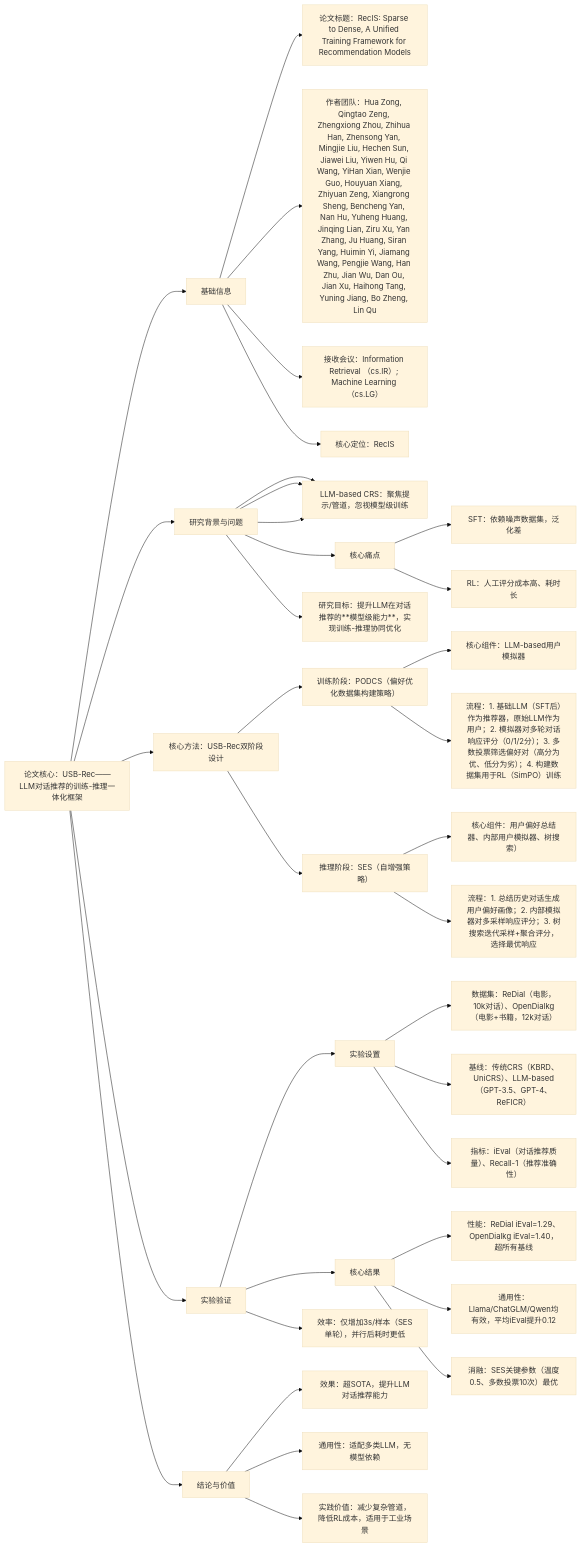
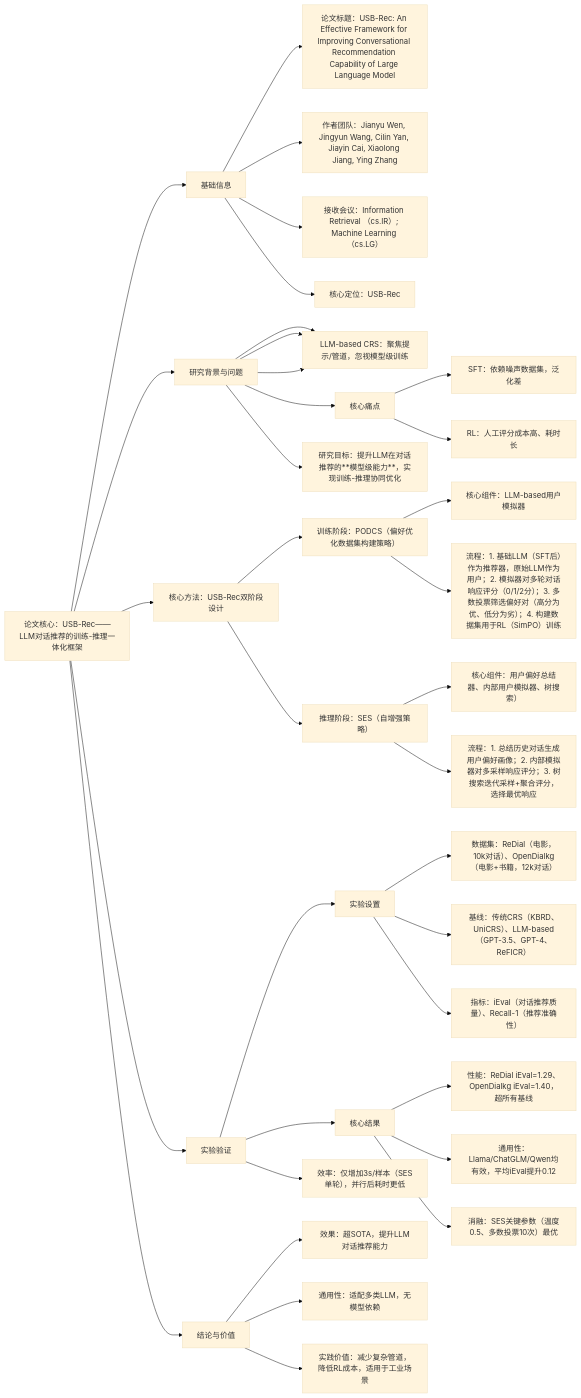
One commit to stephenZkang/recommended-paper-weekly-reading changed the diagram in notes/2509/4-week/004-USB-Rec.md. Above: the diagram before and after it, drawn with Mermaid (base theme).

Commit message:
feat(每周推荐): 4-week
1. 9月第四周论文第四篇 论文核心：USB-Rec——LLM对话推荐的训练-推理一体化框架

````diff
--- a/notes/2509/4-week/004-USB-Rec.md
+++ b/notes/2509/4-week/004-USB-Rec.md
@@ -11,46 +11,46 @@
 ```mermaid
 graph LR
 A[论文核心：USB-Rec——LLM对话推荐的训练-推理一体化框架] --> B[基础信息]
 
-B --> B1[论文标题：RecIS: Sparse to Dense, A Unified Training Framework for Recommendation Models]
-B --> B2[作者团队：Hua Zong, Qingtao Zeng, Zhengxiong Zhou, Zhihua Han, Zhensong Yan, Mingjie Liu, Hechen Sun, Jiawei Liu, Yiwen Hu, Qi Wang, YiHan Xian, Wenjie Guo, Houyuan Xiang, Zhiyuan Zeng, Xiangrong Sheng, Bencheng Yan, Nan Hu, Yuheng Huang, Jinqing Lian, Ziru Xu, Yan Zhang, Ju Huang, Siran Yang, Huimin Yi, Jiamang Wang, Pengjie Wang, Han Zhu, Jian Wu, Dan Ou, Jian Xu, Haihong Tang, Yuning Jiang, Bo Zheng, Lin Qu]
+B --> B1[论文标题：USB-Rec: An Effective Framework for Improving Conversational Recommendation Capability of Large Language Model]
+B --> B2[作者团队：Jianyu Wen, Jingyun Wang, Cilin Yan, Jiayin Cai, Xiaolong Jiang, Ying Zhang]
 B --> B3[接收会议：Information Retrieval （cs.IR）; Machine Learning （cs.LG）]
-B --> B4[核心定位：RecIS]
+B --> B4[核心定位：USB-Rec]
 
 A --> C[研究背景与问题]
 C --> C1[行业现状]
 C --> C1[传统CRS：易过拟合，依赖外部工具（知识图谱）]
 C --> C1[LLM-based CRS：聚焦提示/管道，忽视模型级训练]
 C --> C2[核心痛点]
 C2 --> C21[SFT：依赖噪声数据集，泛化差]
 C2 --> C22[RL：人工评分成本高、耗时长]
 C --> C3[研究目标：提升LLM在对话推荐的**模型级能力**，实现训练-推理协同优化]
 
 A --> D[核心方法：USB-Rec双阶段设计]
 
 D --> D1[训练阶段：PODCS（偏好优化数据集构建策略）]
 D1 --> D11[核心组件：LLM-based用户模拟器]
 D1 --> D12[流程：1. 基础LLM（SFT后）作为推荐器，原始LLM作为用户；2. 模拟器对多轮对话响应评分（0/1/2分）；3. 多数投票筛选偏好对（高分为优、低分为劣）；4. 构建数据集用于RL（SimPO）训练]
 D --> D2[推理阶段：SES（自增强策略）]
 D2 --> D21[核心组件：用户偏好总结器、内部用户模拟器、树搜索）]
 D2 --> D22[流程：1. 总结历史对话生成用户偏好画像；2. 内部模拟器对多采样响应评分；3. 树搜索迭代采样+聚合评分，选择最优响应]
 
 
 A --> E[实验验证]
 
 E --> E1[实验设置]
 E1 --> E11[数据集：ReDial（电影，10k对话）、OpenDialkg（电影+书籍，12k对话）]
 E1 --> E12[基线：传统CRS（KBRD、UniCRS）、LLM-based（GPT-3.5、GPT-4、ReFICR）]
 E1 --> E13[指标：iEval（对话推荐质量）、Recall-1（推荐准确性）]
 E --> E2[核心结果]
 E2 --> E21[性能：ReDial iEval=1.29、OpenDialkg iEval=1.40，超所有基线]
 E2 --> E22[通用性：Llama/ChatGLM/Qwen均有效，平均iEval提升0.12]
 E2 --> E23[消融：SES关键参数（温度0.5、多数投票10次）最优]
 E --> E3[效率：仅增加3s/样本（SES单轮），并行后耗时更低]
 
 A --> F[结论与价值]
 
 F --> F1[效果：超SOTA，提升LLM对话推荐能力]
 F --> F2[通用性：适配多类LLM，无模型依赖]
 F --> F3[实践价值：减少复杂管道，降低RL成本，适用于工业场景]
 ```
````
